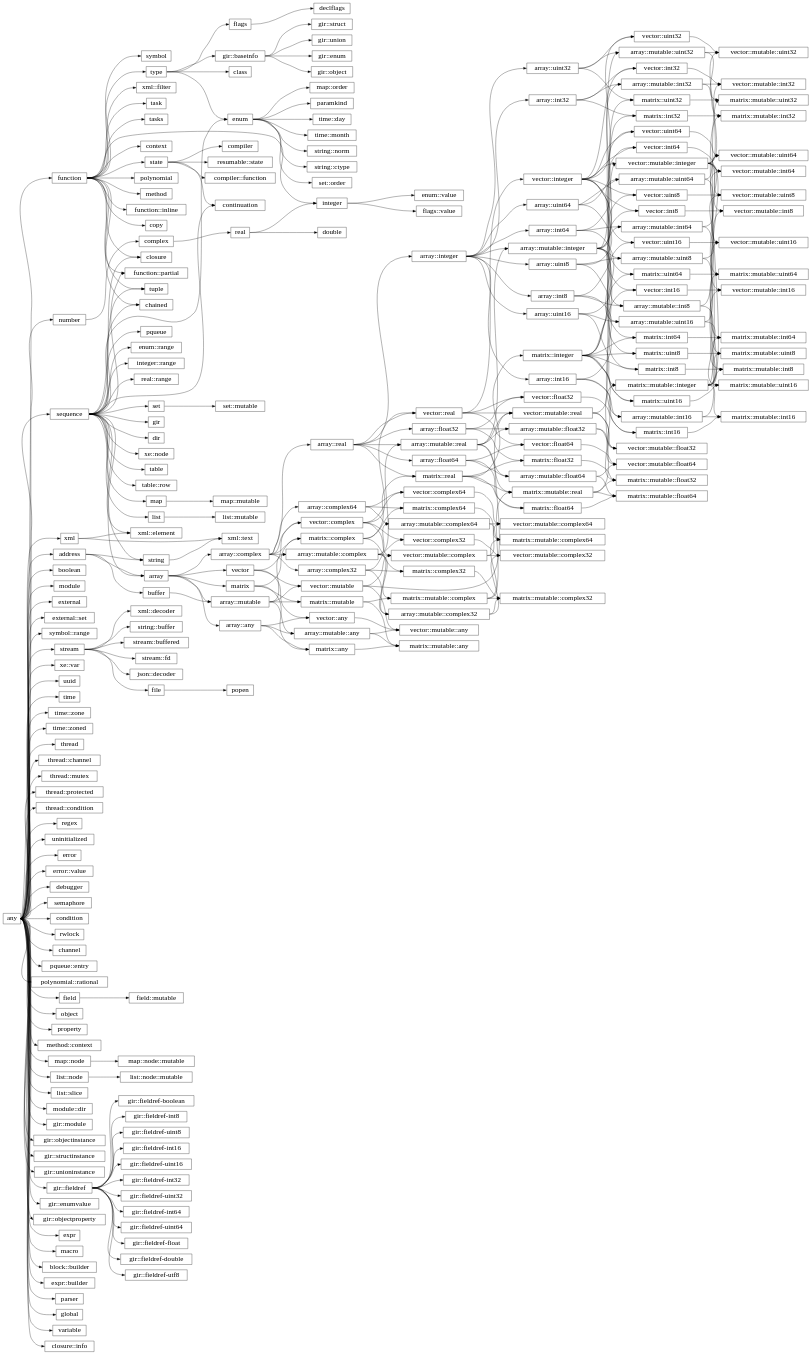
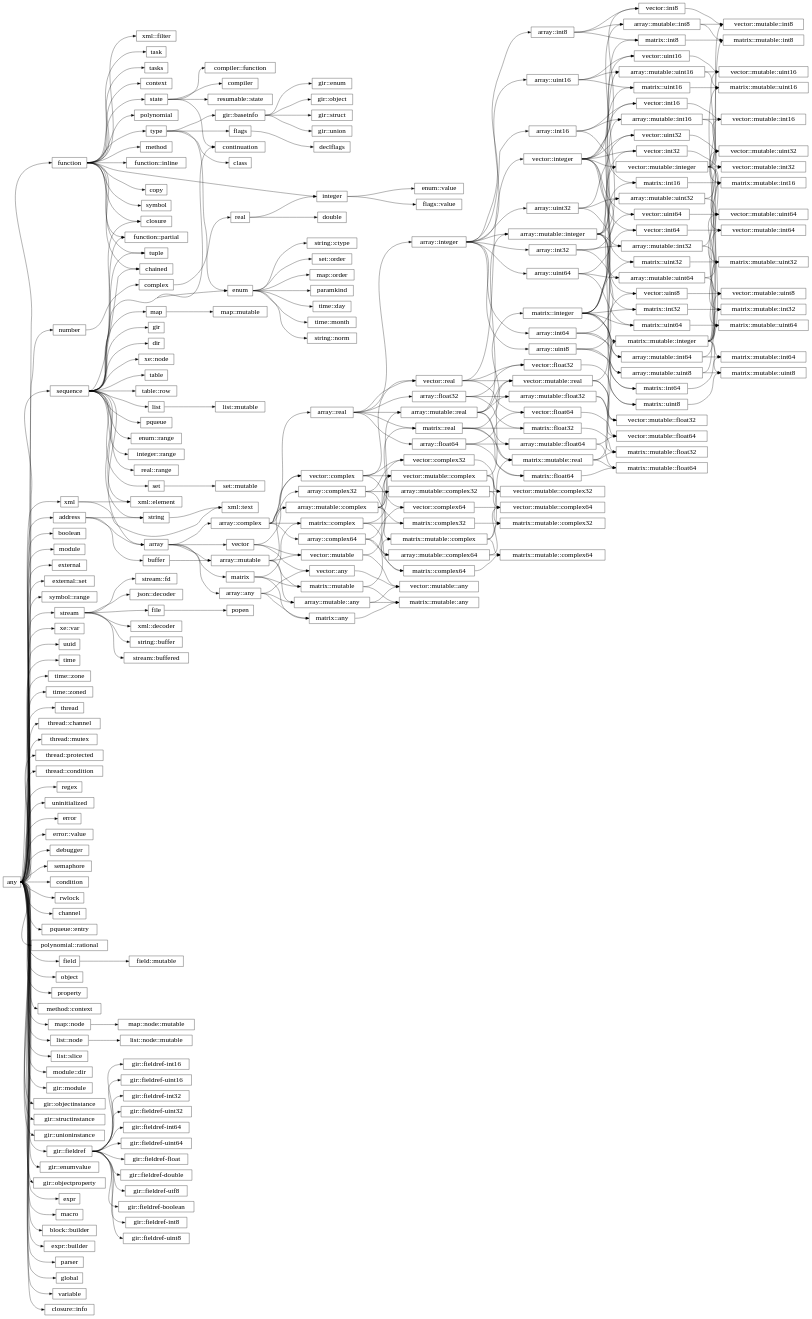
One commit to wrapl/minilang changed the diagram in docs/library/hierarchy.rst. Above: the diagram before and after it, drawn with Graphviz. The commit also changed 8 other files, not shown here.

```diff
--- a/docs/library/hierarchy.rst
+++ b/docs/library/hierarchy.rst
@@ -188,7 +188,7 @@
       "vector::complex":e -> "vector::real":w;
       "vector::real":e -> "vector::mutable::real":w;
       "array::mutable::real":e -> "vector::mutable::real":w;
-      "vector::mutable":e -> "vector::mutable::real":w;
+      "vector::mutable::complex":e -> "vector::mutable::real":w;
       "array::real":e -> "matrix::real":w;
       "matrix::complex":e -> "matrix::real":w;
       "matrix::real":e -> "matrix::mutable::real":w;
```
